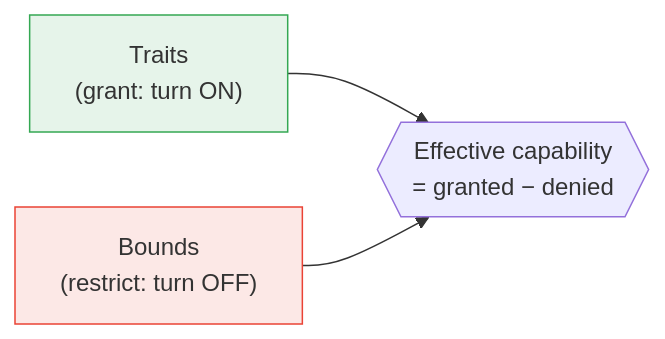
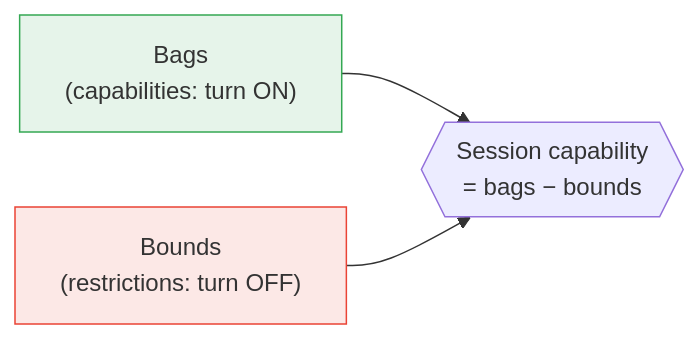
The diagram in docs/quick-start.md (perintyler/Barry), drawn with Mermaid before and after one commit. The commit also changed other lines of this file and 1324 other files, not shown here.

````diff
--- a/docs/quick-start.md
+++ b/docs/quick-start.md
@@ -34,9 +33,9 @@
 ```mermaid
 flowchart LR
-    T["Traits<br/>(grant: turn ON)"] --> E{{"Effective capability<br/>= granted − denied"}}
-    B["Bounds<br/>(restrict: turn OFF)"] --> E
+    T["Bags<br/>(capabilities: turn ON)"] --> E{{"Session capability<br/>= bags − bounds"}}
+    B["Bounds<br/>(restrictions: turn OFF)"] --> E
     classDef g fill:#e6f4ea,stroke:#34a853;
     classDef r fill:#fce8e6,stroke:#ea4335;
     class T g;
     class B r;
 ```
````
